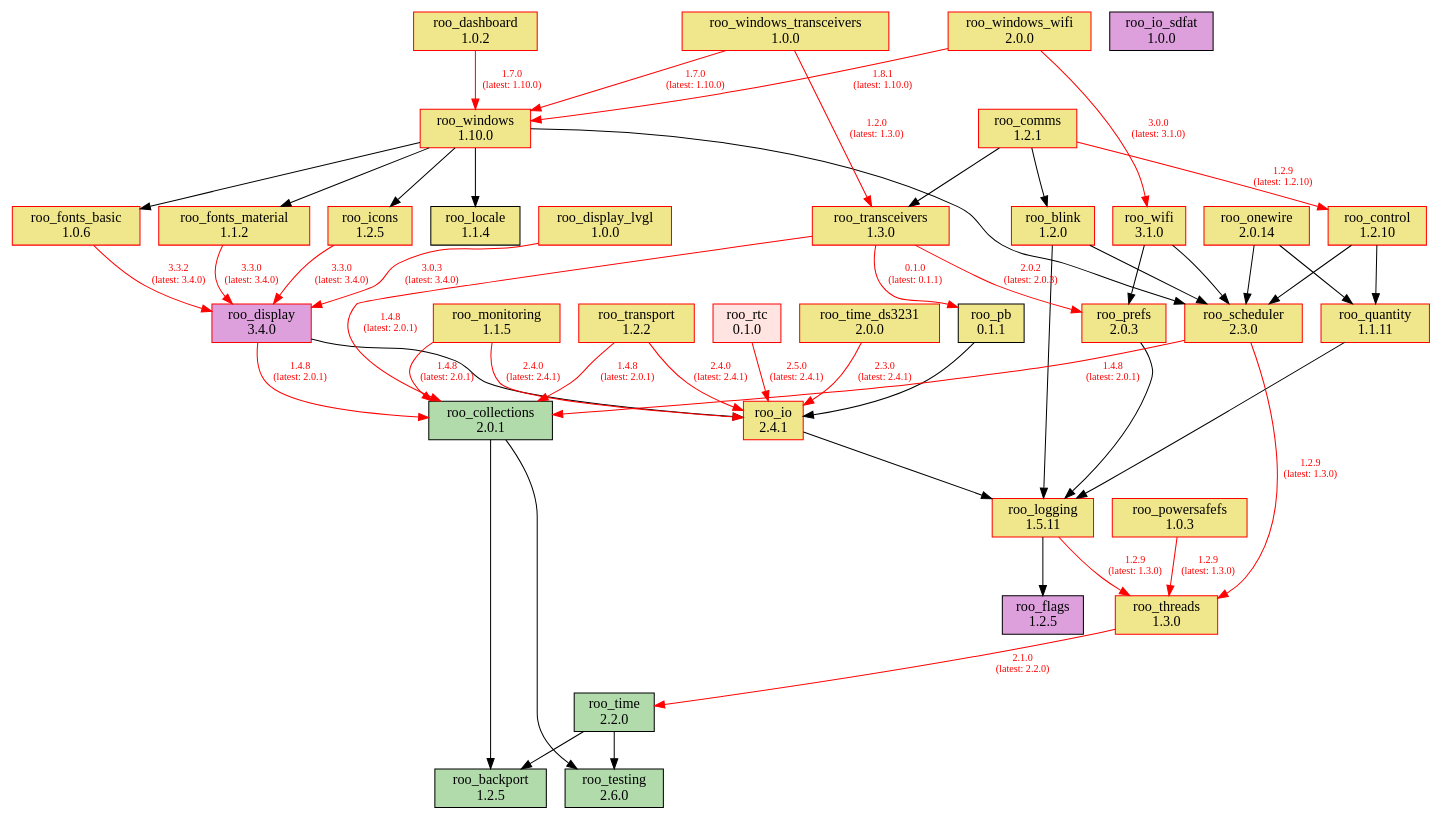
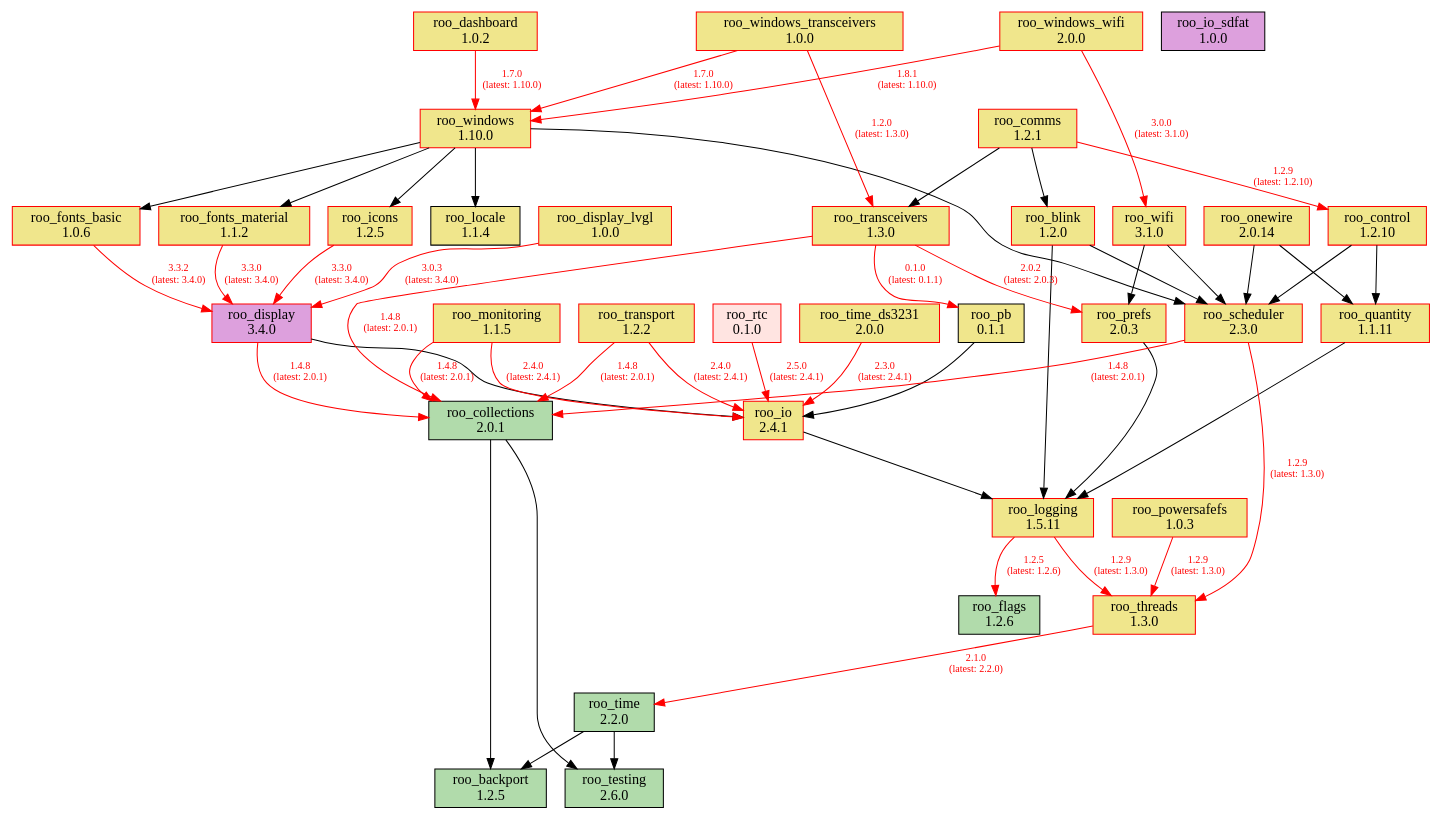
The diagram in doc/dependencies.dot (dejwk/roo-registry), drawn with Graphviz before and after one commit. The commit also changed 3 other files, not shown here.

Commit message:
Added roo_flags 1.2.6 to the registry.

```diff
--- a/doc/dependencies.dot
+++ b/doc/dependencies.dot
@@ -1,93 +1,93 @@
 digraph dependencies {
     rankdir=TB;
     node [shape=box, style=filled];
     edge [fontsize=10];
 
     // Modules
     "roo_backport" [label="roo_backport\n1.2.5", fillcolor="#b1dbab", color="black"];
     "roo_blink" [label="roo_blink\n1.2.0", fillcolor="khaki", color="red"];
     "roo_collections" [label="roo_collections\n2.0.1", fillcolor="#b1dbab", color="black"];
     "roo_comms" [label="roo_comms\n1.2.1", fillcolor="khaki", color="red"];
     "roo_control" [label="roo_control\n1.2.10", fillcolor="khaki", color="red"];
     "roo_dashboard" [label="roo_dashboard\n1.0.2", fillcolor="khaki", color="red"];
     "roo_display" [label="roo_display\n3.4.0", fillcolor="plum", color="red"];
     "roo_display_lvgl" [label="roo_display_lvgl\n1.0.0", fillcolor="khaki", color="red"];
-    "roo_flags" [label="roo_flags\n1.2.5", fillcolor="plum", color="black"];
+    "roo_flags" [label="roo_flags\n1.2.6", fillcolor="#b1dbab", color="black"];
     "roo_fonts_basic" [label="roo_fonts_basic\n1.0.6", fillcolor="khaki", color="red"];
     "roo_fonts_material" [label="roo_fonts_material\n1.1.2", fillcolor="khaki", color="red"];
     "roo_icons" [label="roo_icons\n1.2.5", fillcolor="khaki", color="red"];
     "roo_io" [label="roo_io\n2.4.1", fillcolor="khaki", color="red"];
     "roo_io_sdfat" [label="roo_io_sdfat\n1.0.0", fillcolor="plum", color="black"];
     "roo_locale" [label="roo_locale\n1.1.4", fillcolor="khaki", color="black"];
     "roo_logging" [label="roo_logging\n1.5.11", fillcolor="khaki", color="red"];
     "roo_monitoring" [label="roo_monitoring\n1.1.5", fillcolor="khaki", color="red"];
     "roo_onewire" [label="roo_onewire\n2.0.14", fillcolor="khaki", color="red"];
     "roo_pb" [label="roo_pb\n0.1.1", fillcolor="khaki", color="black"];
     "roo_powersafefs" [label="roo_powersafefs\n1.0.3", fillcolor="khaki", color="red"];
     "roo_prefs" [label="roo_prefs\n2.0.3", fillcolor="khaki", color="red"];
     "roo_quantity" [label="roo_quantity\n1.1.11", fillcolor="khaki", color="red"];
     "roo_rtc" [label="roo_rtc\n0.1.0", fillcolor="mistyrose", color="red"];
     "roo_scheduler" [label="roo_scheduler\n2.3.0", fillcolor="khaki", color="red"];
     "roo_testing" [label="roo_testing\n2.6.0", fillcolor="#b1dbab", color="black"];
     "roo_threads" [label="roo_threads\n1.3.0", fillcolor="khaki", color="red"];
     "roo_time" [label="roo_time\n2.2.0", fillcolor="#b1dbab", color="black"];
     "roo_time_ds3231" [label="roo_time_ds3231\n2.0.0", fillcolor="khaki", color="red"];
     "roo_transceivers" [label="roo_transceivers\n1.3.0", fillcolor="khaki", color="red"];
     "roo_transport" [label="roo_transport\n1.2.2", fillcolor="khaki", color="red"];
     "roo_wifi" [label="roo_wifi\n3.1.0", fillcolor="khaki", color="red"];
     "roo_windows" [label="roo_windows\n1.10.0", fillcolor="khaki", color="red"];
     "roo_windows_transceivers" [label="roo_windows_transceivers\n1.0.0", fillcolor="khaki", color="red"];
     "roo_windows_wifi" [label="roo_windows_wifi\n2.0.0", fillcolor="khaki", color="red"];
 
     // Dependencies
     "roo_blink" -> "roo_logging";
     "roo_blink" -> "roo_scheduler";
     "roo_collections" -> "roo_testing";
     "roo_collections" -> "roo_backport";
     "roo_comms" -> "roo_blink";
     "roo_comms" -> "roo_control" [color=red, fontcolor=red, label="1.2.9\n(latest: 1.2.10)"];
     "roo_comms" -> "roo_transceivers";
     "roo_control" -> "roo_quantity";
     "roo_control" -> "roo_scheduler";
     "roo_dashboard" -> "roo_windows" [color=red, fontcolor=red, label="1.7.0\n(latest: 1.10.0)"];
     "roo_display" -> "roo_collections" [color=red, fontcolor=red, label="1.4.8\n(latest: 2.0.1)"];
     "roo_display" -> "roo_io";
     "roo_display_lvgl" -> "roo_display" [color=red, fontcolor=red, label="3.0.3\n(latest: 3.4.0)"];
     "roo_fonts_basic" -> "roo_display" [color=red, fontcolor=red, label="3.3.2\n(latest: 3.4.0)"];
     "roo_fonts_material" -> "roo_display" [color=red, fontcolor=red, label="3.3.0\n(latest: 3.4.0)"];
     "roo_icons" -> "roo_display" [color=red, fontcolor=red, label="3.3.0\n(latest: 3.4.0)"];
     "roo_io" -> "roo_logging";
-    "roo_logging" -> "roo_flags";
+    "roo_logging" -> "roo_flags" [color=red, fontcolor=red, label="1.2.5\n(latest: 1.2.6)"];
     "roo_logging" -> "roo_threads" [color=red, fontcolor=red, label="1.2.9\n(latest: 1.3.0)"];
     "roo_monitoring" -> "roo_collections" [color=red, fontcolor=red, label="1.4.8\n(latest: 2.0.1)"];
     "roo_monitoring" -> "roo_io" [color=red, fontcolor=red, label="2.4.0\n(latest: 2.4.1)"];
     "roo_onewire" -> "roo_scheduler";
     "roo_onewire" -> "roo_quantity";
     "roo_pb" -> "roo_io";
     "roo_powersafefs" -> "roo_threads" [color=red, fontcolor=red, label="1.2.9\n(latest: 1.3.0)"];
     "roo_prefs" -> "roo_logging";
     "roo_quantity" -> "roo_logging";
     "roo_rtc" -> "roo_io" [color=red, fontcolor=red, label="2.5.0\n(latest: 2.4.1)"];
     "roo_scheduler" -> "roo_collections" [color=red, fontcolor=red, label="1.4.8\n(latest: 2.0.1)"];
     "roo_scheduler" -> "roo_threads" [color=red, fontcolor=red, label="1.2.9\n(latest: 1.3.0)"];
     "roo_threads" -> "roo_time" [color=red, fontcolor=red, label="2.1.0\n(latest: 2.2.0)"];
     "roo_time" -> "roo_testing";
     "roo_time" -> "roo_backport";
     "roo_time_ds3231" -> "roo_io" [color=red, fontcolor=red, label="2.3.0\n(latest: 2.4.1)"];
     "roo_transceivers" -> "roo_pb" [color=red, fontcolor=red, label="0.1.0\n(latest: 0.1.1)"];
     "roo_transceivers" -> "roo_collections" [color=red, fontcolor=red, label="1.4.8\n(latest: 2.0.1)"];
     "roo_transceivers" -> "roo_prefs" [color=red, fontcolor=red, label="2.0.2\n(latest: 2.0.3)"];
     "roo_transport" -> "roo_collections" [color=red, fontcolor=red, label="1.4.8\n(latest: 2.0.1)"];
     "roo_transport" -> "roo_io" [color=red, fontcolor=red, label="2.4.0\n(latest: 2.4.1)"];
     "roo_wifi" -> "roo_prefs";
     "roo_wifi" -> "roo_scheduler";
     "roo_windows" -> "roo_fonts_basic";
     "roo_windows" -> "roo_fonts_material";
     "roo_windows" -> "roo_locale";
     "roo_windows" -> "roo_icons";
     "roo_windows" -> "roo_scheduler";
     "roo_windows_transceivers" -> "roo_transceivers" [color=red, fontcolor=red, label="1.2.0\n(latest: 1.3.0)"];
     "roo_windows_transceivers" -> "roo_windows" [color=red, fontcolor=red, label="1.7.0\n(latest: 1.10.0)"];
     "roo_windows_wifi" -> "roo_wifi" [color=red, fontcolor=red, label="3.0.0\n(latest: 3.1.0)"];
     "roo_windows_wifi" -> "roo_windows" [color=red, fontcolor=red, label="1.8.1\n(latest: 1.10.0)"];
 }
```
